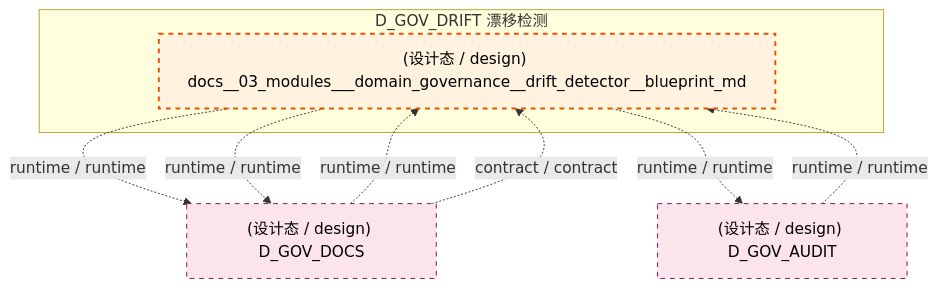
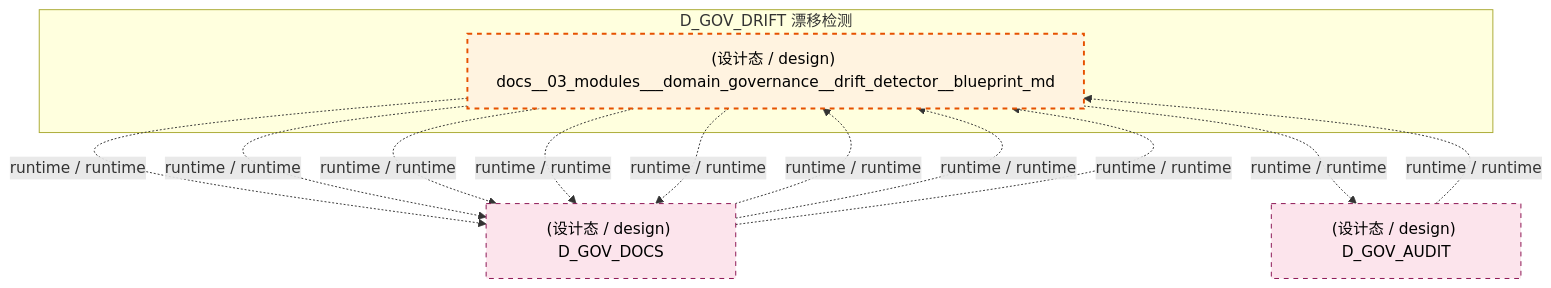
The fifth of 7 diagrams in docs/02_enterprise_architecture/02_domain_architecture_docs/41_d_gov_drift.md (xuanFelixVan/ZephyrAlpha), drawn with Mermaid before and after one commit. The commit also changed other lines of this file and 101 other files, not shown here.

````diff
--- a/docs/02_enterprise_architecture/02_domain_architecture_docs/41_d_gov_drift.md
+++ b/docs/02_enterprise_architecture/02_domain_architecture_docs/41_d_gov_drift.md
@@ -386,20 +533,24 @@
 ```mermaid
 graph TD
     subgraph D_GOV_DRIFT["D_GOV_DRIFT 漂移检测"]
         docs_03_modules_domain_governance_drift_detector_blueprint_md["(设计态 / design) docs__03_modules___domain_governance__drift_detector__blueprint_md"]
     end
     D_GOV_DOCS["(设计态 / design) D_GOV_DOCS"]
     docs_03_modules_domain_governance_drift_detector_blueprint_md -.->|runtime / runtime| D_GOV_DOCS
+    docs_03_modules_domain_governance_drift_detector_blueprint_md -.->|runtime / runtime| D_GOV_DOCS
     D_GOV_AUDIT["(设计态 / design) D_GOV_AUDIT"]
     docs_03_modules_domain_governance_drift_detector_blueprint_md -.->|runtime / runtime| D_GOV_AUDIT
     docs_03_modules_domain_governance_drift_detector_blueprint_md -.->|runtime / runtime| D_GOV_DOCS
+    docs_03_modules_domain_governance_drift_detector_blueprint_md -.->|runtime / runtime| D_GOV_DOCS
+    docs_03_modules_domain_governance_drift_detector_blueprint_md -.->|runtime / runtime| D_GOV_DOCS
     D_GOV_AUDIT -.->|runtime / runtime| docs_03_modules_domain_governance_drift_detector_blueprint_md
     D_GOV_DOCS -.->|runtime / runtime| docs_03_modules_domain_governance_drift_detector_blueprint_md
-    D_GOV_DOCS -.->|contract / contract| docs_03_modules_domain_governance_drift_detector_blueprint_md
+    D_GOV_DOCS -.->|runtime / runtime| docs_03_modules_domain_governance_drift_detector_blueprint_md
+    D_GOV_DOCS -.->|runtime / runtime| docs_03_modules_domain_governance_drift_detector_blueprint_md
     classDef production fill:#e1f5fe,stroke:#01579b,stroke-width:2px,color:#000
     classDef design fill:#fff3e0,stroke:#e65100,stroke-width:2px,color:#000,stroke-dasharray: 5 5
     classDef external_prod fill:#e8f5e9,stroke:#1b5e20,stroke-width:1px,color:#000
     classDef external_design fill:#fce4ec,stroke:#880e4f,stroke-width:1px,color:#000,stroke-dasharray: 5 5
     class docs_03_modules_domain_governance_drift_detector_blueprint_md design
     class D_GOV_DOCS,D_GOV_AUDIT external_design
 ```
````
